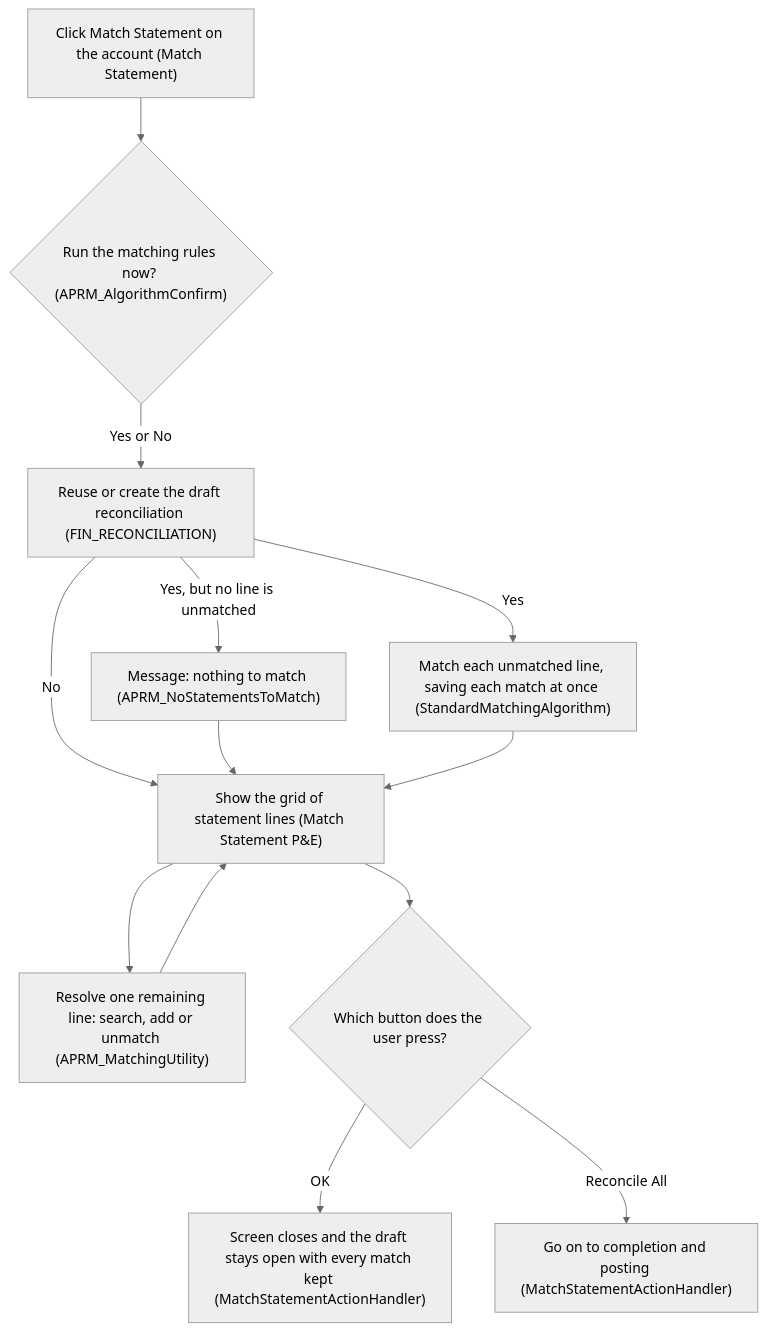
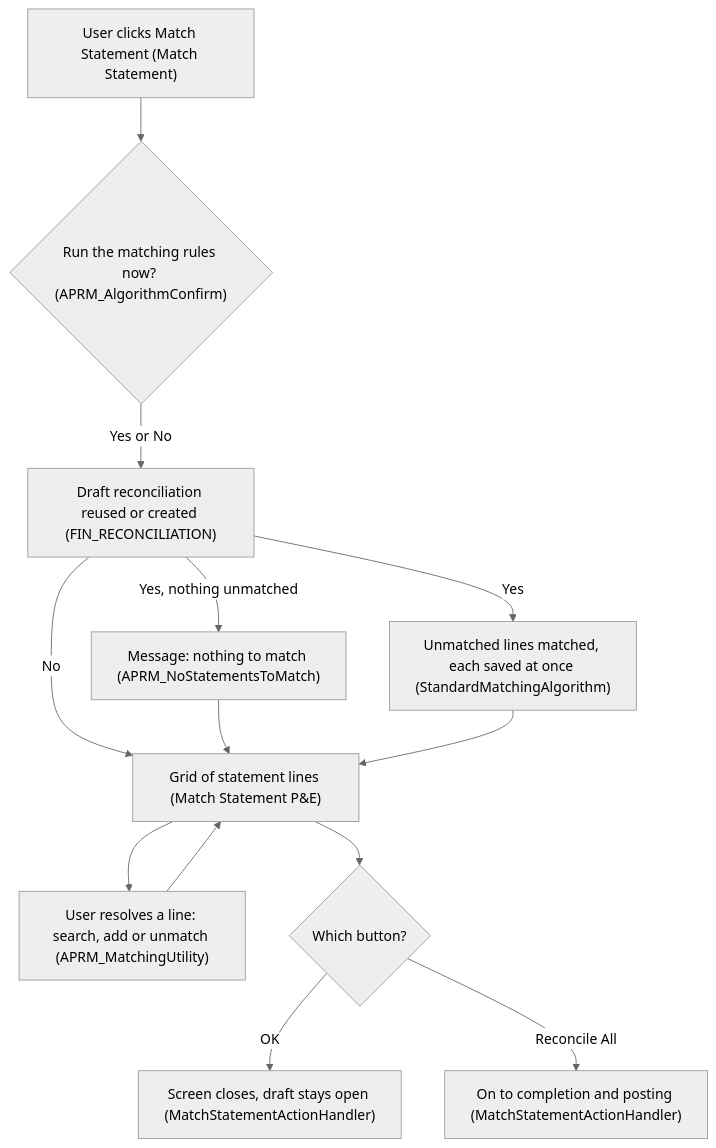
The second of 9 diagrams in docs/analysis/analysis-1-current-state-reconciliation.md (blitzy-public-samples/openbravo-erp), drawn with Mermaid (neutral theme) before and after one commit. The commit also changed other lines of this file and 1 other file, not shown here.

````diff
--- a/docs/analysis/analysis-1-current-state-reconciliation.md
+++ b/docs/analysis/analysis-1-current-state-reconciliation.md
@@ -70,15 +70,15 @@
 ```mermaid
 flowchart TD
-    A["Click Match Statement on the account (Match Statement)"] --> B{"Run the matching rules now? (APRM_AlgorithmConfirm)"}
-    B -->|Yes or No| C["Reuse or create the draft reconciliation (FIN_RECONCILIATION)"]
-    C -->|Yes, but no line is unmatched| D["Message: nothing to match (APRM_NoStatementsToMatch)"]
-    C -->|Yes| E["Match each unmatched line, saving each match at once (StandardMatchingAlgorithm)"]
-    C -->|No| F["Show the grid of statement lines (Match Statement P&E)"]
+    A["User clicks Match Statement (Match Statement)"] --> B{"Run the matching rules now? (APRM_AlgorithmConfirm)"}
+    B -->|Yes or No| C["Draft reconciliation reused or created (FIN_RECONCILIATION)"]
+    C -->|Yes, nothing unmatched| D["Message: nothing to match (APRM_NoStatementsToMatch)"]
+    C -->|Yes| E["Unmatched lines matched, each saved at once (StandardMatchingAlgorithm)"]
+    C -->|No| F["Grid of statement lines (Match Statement P&E)"]
     D --> F
     E --> F
-    F --> G["Resolve one remaining line: search, add or unmatch (APRM_MatchingUtility)"]
+    F --> G["User resolves a line: search, add or unmatch (APRM_MatchingUtility)"]
     G --> F
-    F --> H{"Which button does the user press?"}
-    H -->|OK| I["Screen closes and the draft stays open with every match kept (MatchStatementActionHandler)"]
-    H -->|Reconcile All| J["Go on to completion and posting (MatchStatementActionHandler)"]
+    F --> H{"Which button?"}
+    H -->|OK| I["Screen closes, draft stays open (MatchStatementActionHandler)"]
+    H -->|Reconcile All| J["On to completion and posting (MatchStatementActionHandler)"]
 ```
````
